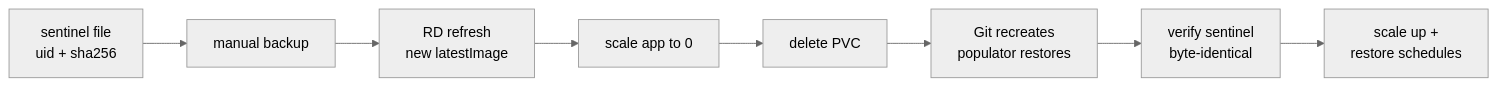
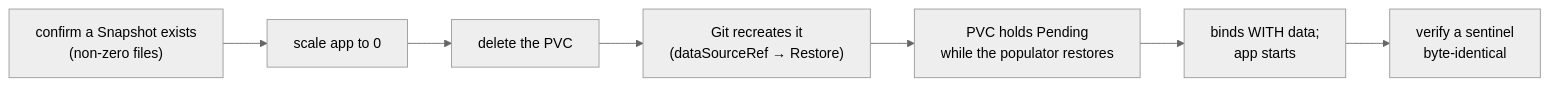
One commit to mitchross/talos-argocd-proxmox changed the fifth of 5 diagrams in docs/storage-architecture.md. Above: the diagram before and after it, drawn with Mermaid (neutral theme). The commit also changed other lines of this file, not shown here.

````diff
--- a/docs/storage-architecture.md
+++ b/docs/storage-architecture.md
@@ -659,10 +695,9 @@
 ```mermaid
 flowchart LR
-    D1[sentinel file\nuid + sha256] --> D2[manual backup]
-    D2 --> D3[RD refresh\nnew latestImage]
-    D3 --> D4[scale app to 0]
-    D4 --> D5[delete PVC]
-    D5 --> D6[Git recreates\npopulator restores]
-    D6 --> D7[verify sentinel\nbyte-identical]
-    D7 --> D8[scale up +\nrestore schedules]
+    D1["confirm a Snapshot exists\n(non-zero files)"] --> D2["scale app to 0"]
+    D2 --> D3["delete the PVC"]
+    D3 --> D4["Git recreates it\n(dataSourceRef → Restore)"]
+    D4 --> D5["PVC holds Pending\nwhile the populator restores"]
+    D5 --> D6["binds WITH data;\napp starts"]
+    D6 --> D7["verify a sentinel\nbyte-identical"]
 ```
````
